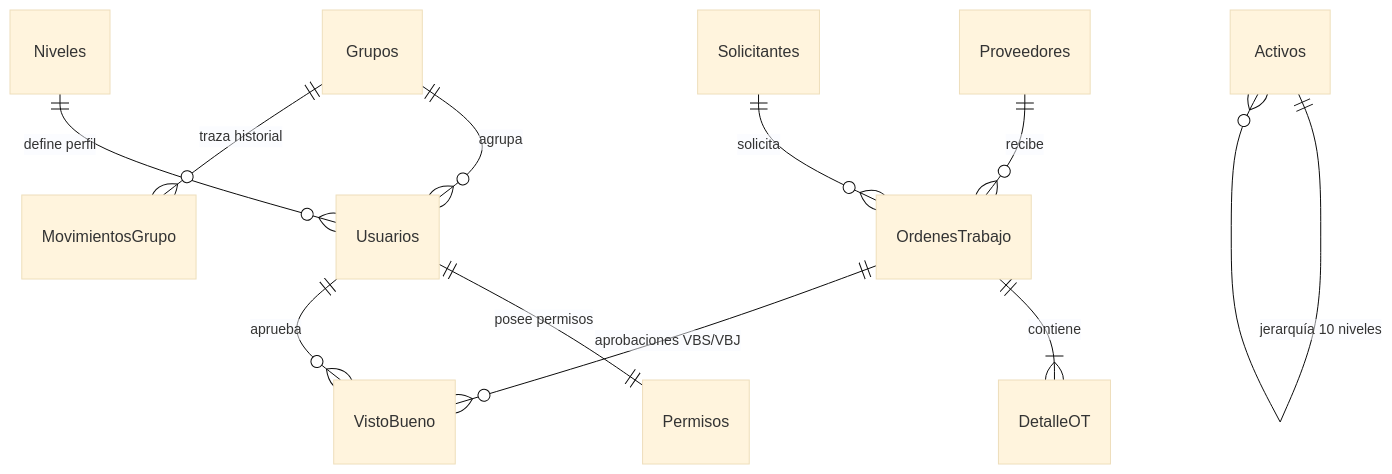
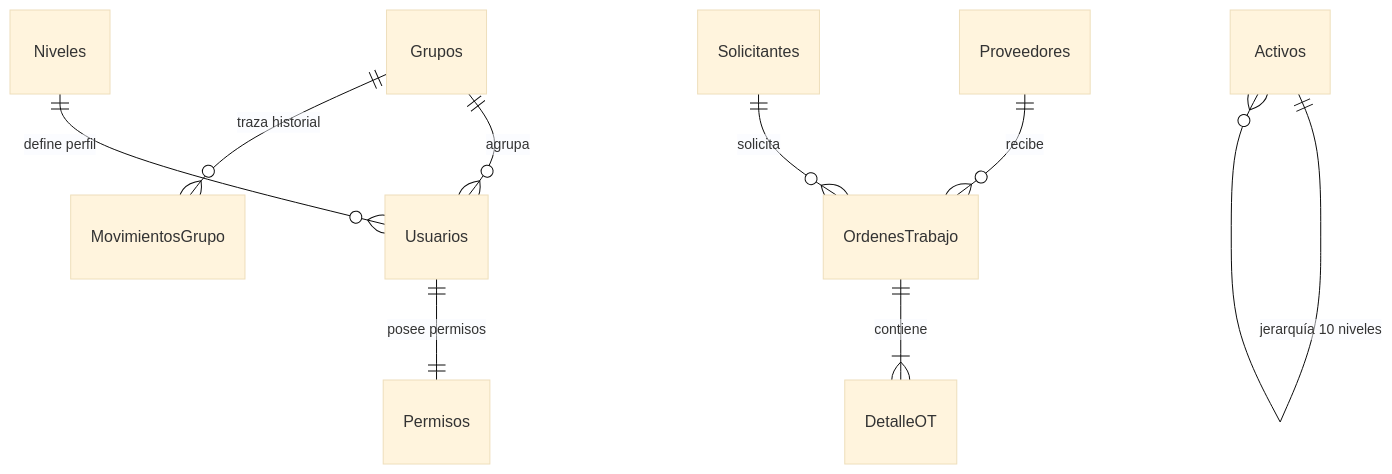
The second of 2 diagrams in docs/ARQUITECTURA_TECNICA.md (barriagada666-collab/SISPRO-Proveedores), drawn with Mermaid (base theme) before and after one commit. The commit also changed other lines of this file and 33 other files, not shown here.

````diff
--- a/docs/ARQUITECTURA_TECNICA.md
+++ b/docs/ARQUITECTURA_TECNICA.md
@@ -41,13 +56,11 @@
 ```mermaid
 erDiagram
     Niveles ||--o{ Usuarios : "define perfil"
     Usuarios ||--|| Permisos : "posee permisos"
     Proveedores ||--o{ OrdenesTrabajo : "recibe"
     Solicitantes ||--o{ OrdenesTrabajo : "solicita"
     Activos ||--o{ Activos : "jerarquía 10 niveles"
     OrdenesTrabajo ||--|{ DetalleOT : "contiene"
-    OrdenesTrabajo ||--o{ VistoBueno : "aprobaciones VBS/VBJ"
-    Usuarios ||--o{ VistoBueno : "aprueba"
     Grupos ||--o{ Usuarios : "agrupa"
     Grupos ||--o{ MovimientosGrupo : "traza historial"
 ```
````
